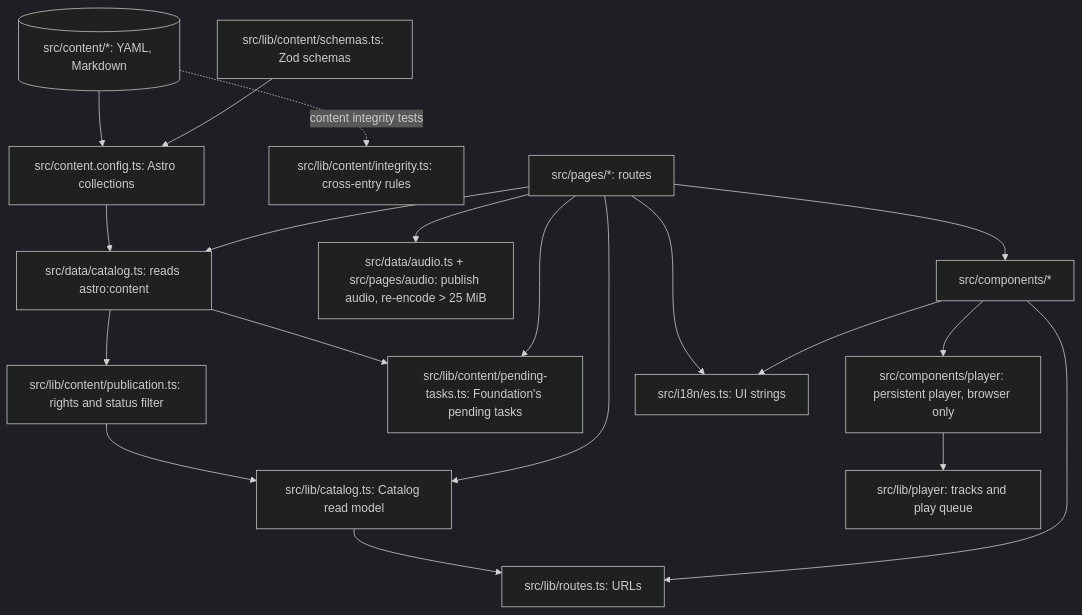
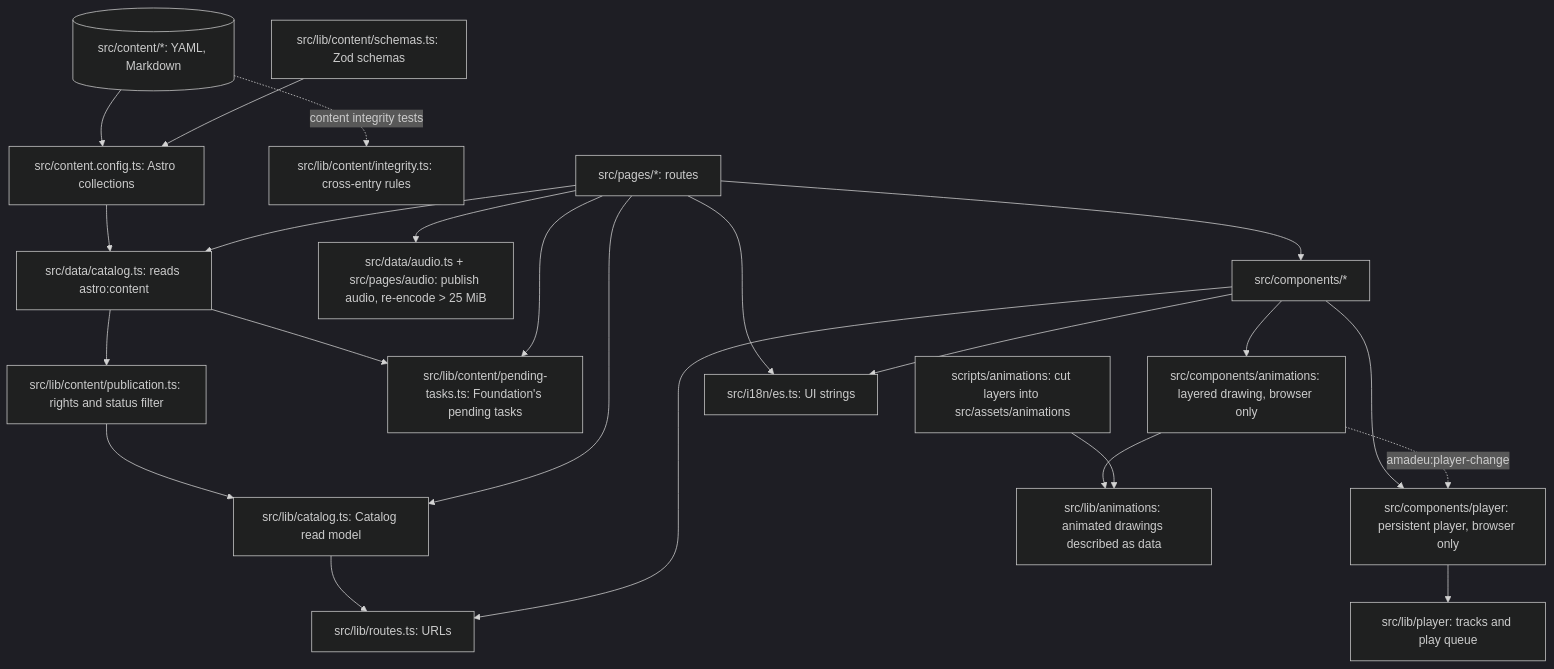
The third of 6 diagrams in docs/architecture.md (jordanmontt/AMADEU), drawn with Mermaid (dark theme) before and after one commit. The commit also changed other lines of this file and 32 other files, not shown here.

````diff
--- a/docs/architecture.md
+++ b/docs/architecture.md
@@ -78,36 +78,43 @@
 ```mermaid
 flowchart TB
   files[(src/content/*: YAML, Markdown)]
   config[src/content.config.ts: Astro collections]
   schemas[src/lib/content/schemas.ts: Zod schemas]
   loader[src/data/catalog.ts: reads astro:content]
   publication[src/lib/content/publication.ts: rights and status filter]
   catalog[src/lib/catalog.ts: Catalog read model]
   routes[src/lib/routes.ts: URLs]
   integrity[src/lib/content/integrity.ts: cross-entry rules]
   tasks[src/lib/content/pending-tasks.ts: Foundation's pending tasks]
   audio[src/data/audio.ts + src/pages/audio: publish audio, re-encode > 25 MiB]
   player[src/components/player: persistent player, browser only]
   queue[src/lib/player: tracks and play queue]
+  animations[src/lib/animations: animated drawings described as data]
+  drawing[src/components/animations: layered drawing, browser only]
+  layers[scripts/animations: cut layers into src/assets/animations]
   pages[src/pages/*: routes]
   components[src/components/*]
   i18n[src/i18n/es.ts: UI strings]
 
   files --> config
   schemas --> config
   config --> loader
   loader --> publication --> catalog
   catalog --> routes
   pages --> loader
   pages --> catalog
   pages --> components
   components --> routes
   pages --> i18n
   components --> i18n
   files -. "content integrity tests" .-> integrity
   loader --> tasks
   pages --> tasks
   pages --> audio
   components --> player
   player --> queue
+  components --> drawing
+  drawing --> animations
+  layers --> animations
+  drawing -. "amadeu:player-change" .-> player
 ```
````
